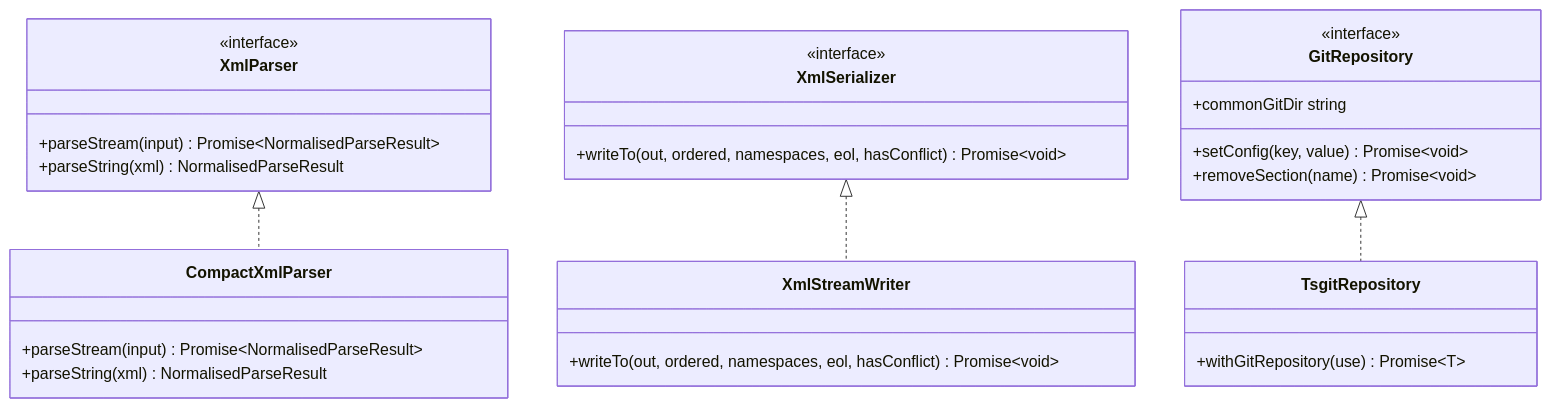
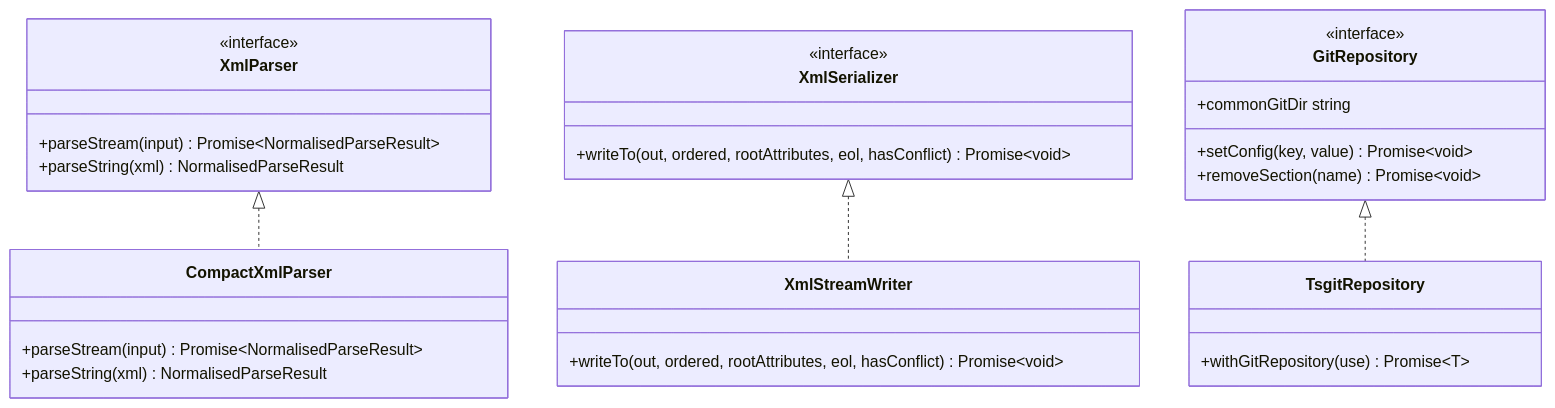
Before and after one commit to scolladon/sf-git-merge-driver: the fourth of 8 diagrams in DESIGN.md, drawn with Mermaid. The commit also changed other lines of this file and 94 other files, not shown here.

````diff
--- a/DESIGN.md
+++ b/DESIGN.md
@@ -165,38 +167,38 @@
 ```mermaid
 classDiagram
     class XmlParser {
         <<interface>>
         +parseStream(input) Promise~NormalisedParseResult~
         +parseString(xml) NormalisedParseResult
     }
 
     class XmlSerializer {
         <<interface>>
-        +writeTo(out, ordered, namespaces, eol, hasConflict) Promise~void~
+        +writeTo(out, ordered, rootAttributes, eol, hasConflict) Promise~void~
     }
 
     class CompactXmlParser {
         +parseStream(input) Promise~NormalisedParseResult~
         +parseString(xml) NormalisedParseResult
     }
 
     class XmlStreamWriter {
-        +writeTo(out, ordered, namespaces, eol, hasConflict) Promise~void~
+        +writeTo(out, ordered, rootAttributes, eol, hasConflict) Promise~void~
     }
 
     XmlParser <|.. CompactXmlParser
     XmlSerializer <|.. XmlStreamWriter
 
     class GitRepository {
         <<interface>>
         +commonGitDir string
         +setConfig(key, value) Promise~void~
         +removeSection(name) Promise~void~
     }
 
     class TsgitRepository {
         +withGitRepository(use) Promise~T~
     }
 
     GitRepository <|.. TsgitRepository
 ```
````
